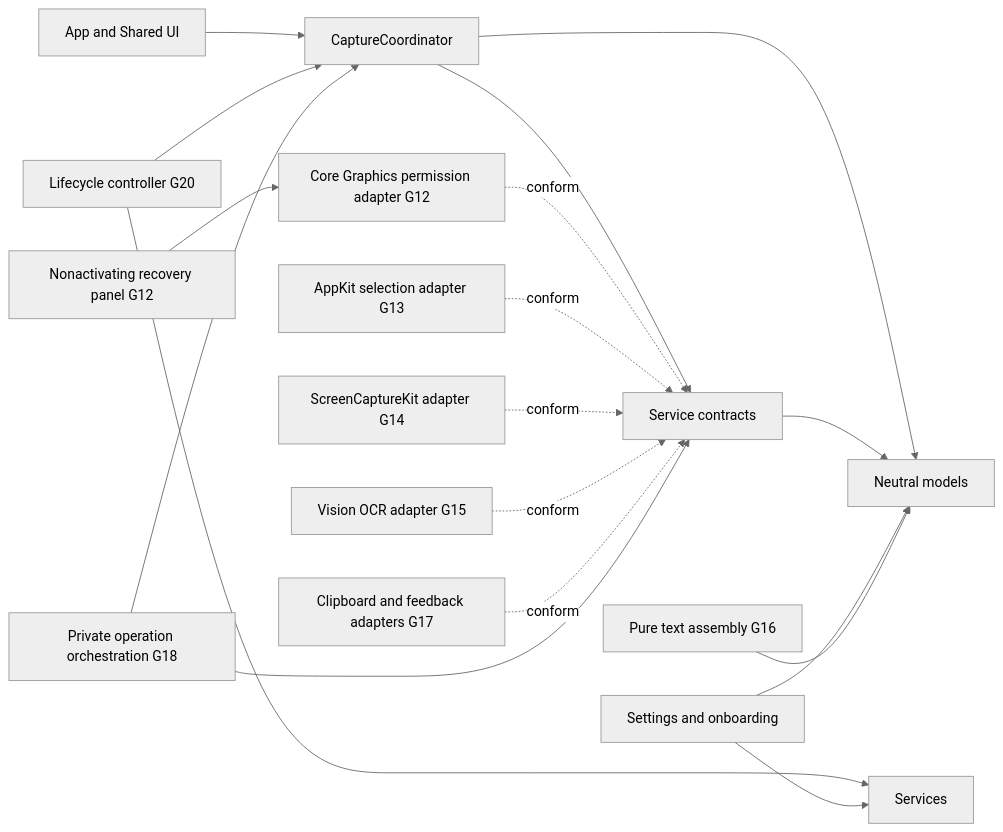
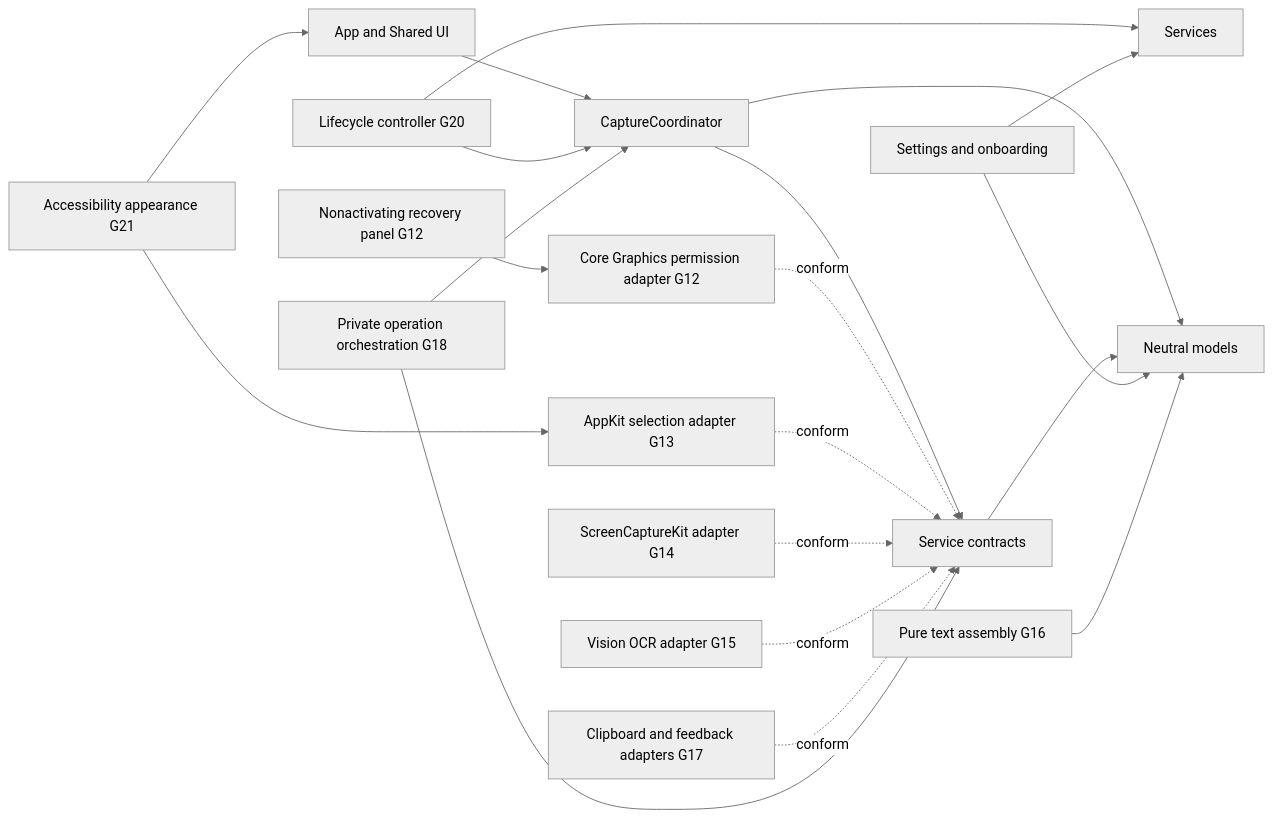
One commit to bennetthilberg/copylasso changed the first of 2 diagrams in docs/architecture/overview.md. Above: the diagram before and after it, drawn with Mermaid (neutral theme). The commit also changed other lines of this file and 20 other files, not shown here.

Commit message:
G21: audit accessibility and appearance

````diff
--- a/docs/architecture/overview.md
+++ b/docs/architecture/overview.md
@@ -7,20 +7,22 @@
 ```mermaid
 flowchart LR
   App["App and Shared UI"] --> Coordinator["CaptureCoordinator"]
+  Appearance["Accessibility appearance G21"] --> App
+  Appearance --> Selection
   Lifecycle["Lifecycle controller G20"] --> Coordinator
   Lifecycle --> Services
   Coordinator --> Contracts["Service contracts"]
   Coordinator --> Models["Neutral models"]
   Contracts --> Models
   Settings["Settings and onboarding"] --> Services
   Settings --> Models
   Permission["Core Graphics permission adapter G12"] -. conform .-> Contracts
   Recovery["Nonactivating recovery panel G12"] --> Permission
   Selection["AppKit selection adapter G13"] -. conform .-> Contracts
   Capture["ScreenCaptureKit adapter G14"] -. conform .-> Contracts
   OCR["Vision OCR adapter G15"] -. conform .-> Contracts
   Format["Pure text assembly G16"] --> Models
   Output["Clipboard and feedback adapters G17"] -. conform .-> Contracts
   Workflow["Private operation orchestration G18"] --> Contracts
   Workflow --> Coordinator
 ```
````
